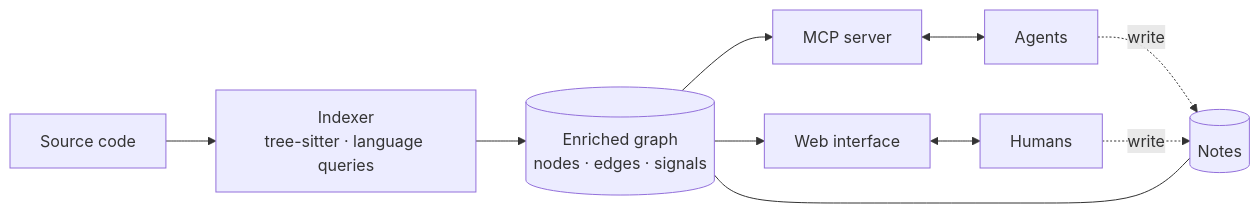
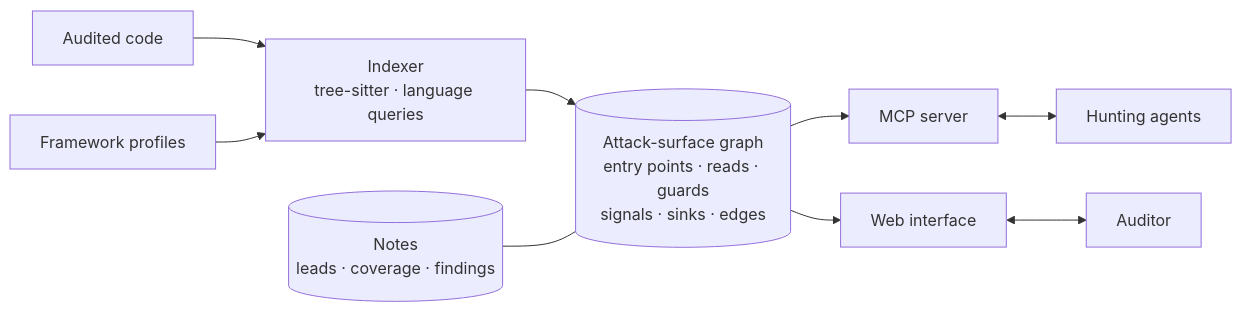
The diagram in docs/src/content/docs/index.mdx (JoshuaMart/Esper), drawn with Mermaid before and after one commit. The commit also changed other lines of this file and 1 other file, not shown here.

Commit message:
docs: Center the home page and the sources on the attack surface

````diff
--- a/docs/src/content/docs/index.mdx
+++ b/docs/src/content/docs/index.mdx
@@ -61,12 +98,11 @@
 ```mermaid
 flowchart LR
-    SRC[Source code] --> IDX[Indexer<br/>tree-sitter · language queries]
-    IDX --> G[(Enriched graph<br/>nodes · edges · signals)]
-    N[(Notes)] --- G
+    SRC[Audited code] --> IDX[Indexer<br/>tree-sitter · language queries]
+    PROF[Framework profiles] --> IDX
+    IDX --> G[(Attack-surface graph<br/>entry points · reads · guards<br/>signals · sinks · edges)]
+    N[(Notes<br/>leads · coverage · findings)] --- G
     G --> MCP[MCP server]
     G --> WEB[Web interface]
-    MCP <--> AG[Agents]
-    WEB <--> HU[Humans]
-    AG -. write .-> N
-    HU -. write .-> N
+    MCP <--> AG[Hunting agents]
+    WEB <--> HU[Auditor]
 ```
````
